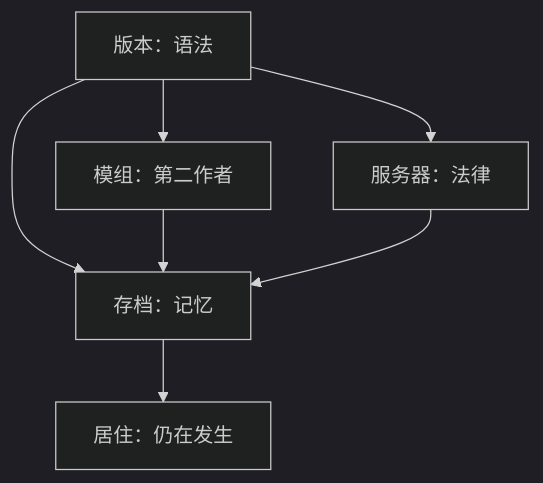
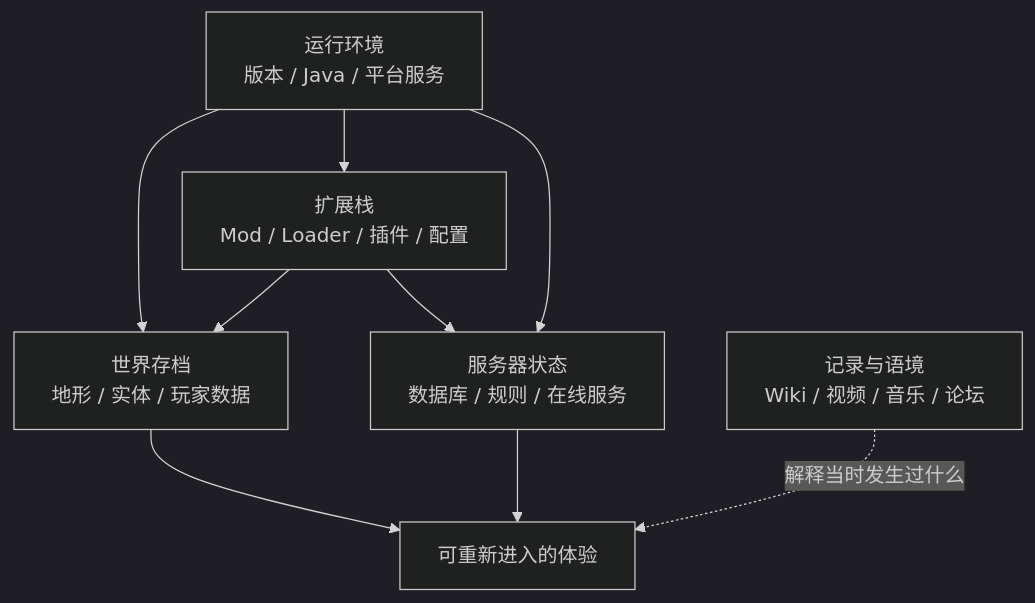
One commit to Dreamtowards/Thinking-In-Minecraft changed the diagram in docs/history/(part4)/heritage.mdx. Above: the diagram before and after it, drawn with Mermaid (dark theme). The commit also changed other lines of this file and 1 other file, not shown here.

````diff
--- a/docs/history/(part4)/heritage.mdx
+++ b/docs/history/(part4)/heritage.mdx
@@ -59,9 +33,11 @@
 ```mermaid
 flowchart TB
-  V["版本：语法"] --> W["存档：记忆"]
-  V --> M["模组：第二作者"]
-  V --> S["服务器：法律"]
-  M --> W
-  S --> W
-  W --> L["居住：仍在发生"]
+  R["运行环境<br/>版本 / Java / 平台服务"] --> W["世界存档<br/>地形 / 实体 / 玩家数据"]
+  R --> E["扩展栈<br/>Mod / Loader / 插件 / 配置"]
+  E --> W
+  R --> S["服务器状态<br/>数据库 / 规则 / 在线服务"]
+  E --> S
+  W --> X["可重新进入的体验"]
+  S --> X
+  C["记录与语境<br/>Wiki / 视频 / 音乐 / 论坛"] -. "解释当时发生过什么" .-> X
 ```
````
